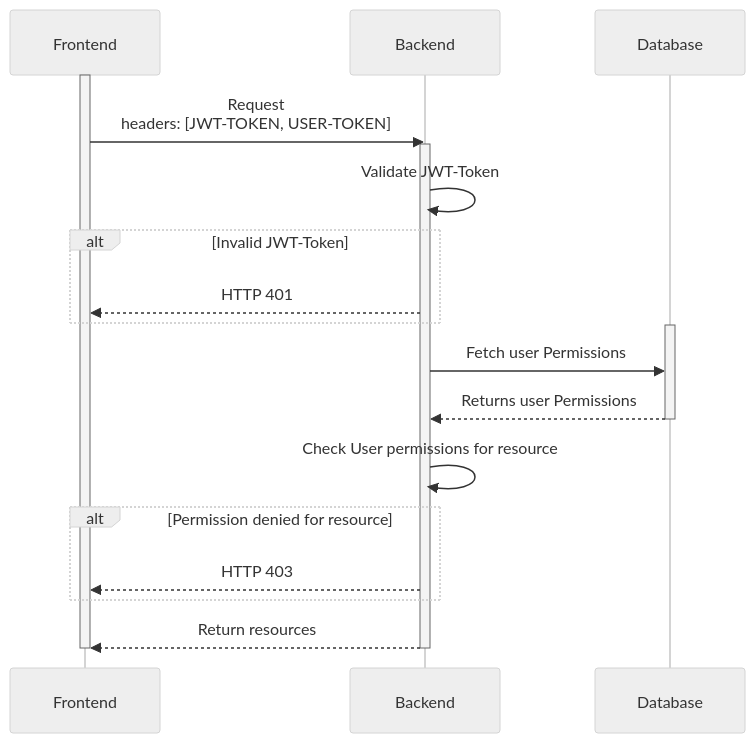
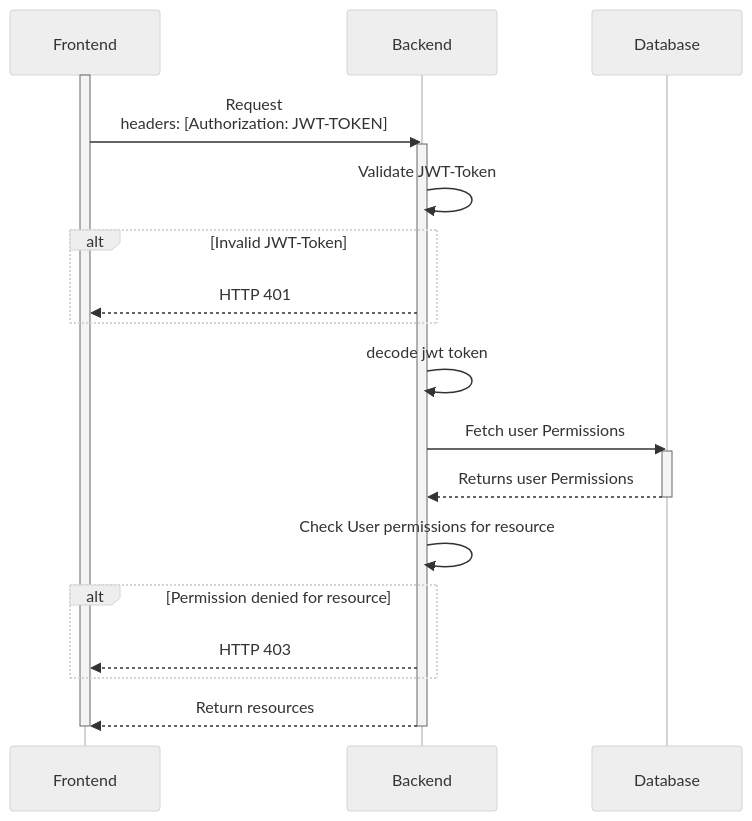
The third of 3 diagrams in doc/architecture/README.md (deepspace1000/V7_Website), drawn with Mermaid (neutral theme) before and after one commit. The commit also changed other lines of this file, not shown here.

Commit message:
feat(V7WE-39): updated architecture documentation for

````diff
--- a/doc/architecture/README.md
+++ b/doc/architecture/README.md
@@ -107,27 +107,26 @@
 ```mermaid
 sequenceDiagram
     participant fe as Frontend
     participant be as Backend
     participant db as Database
     
     activate fe
-    fe ->> be: Request <br> headers: [JWT-TOKEN, USER-TOKEN]
+    fe ->> be: Request <br> headers: [Authorization: JWT-TOKEN]
     activate be
     be ->> be: Validate JWT-Token
     alt Invalid JWT-Token
         be -->> fe: HTTP 401
     end
+    be ->> be: decode jwt token
+    be ->> db: Fetch user Permissions
     activate db
-    be ->> db: Fetch user Permissions
     db -->> be: Returns user Permissions
     deactivate db
     be ->> be: Check User permissions for resource
     alt Permission denied for resource  
         be -->> fe: HTTP 403
     end
     be -->> fe: Return resources
-    
     deactivate be
-    
     deactivate fe
 ```
````
